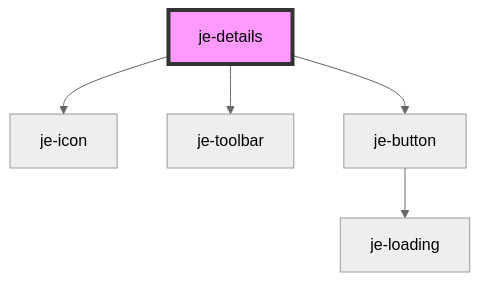
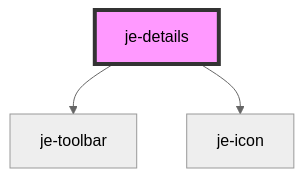
Before and after one commit to pgreen00/jebamo: the diagram in packages/core/src/docs/components/je-details/readme.md, drawn with Mermaid (neutral theme). The commit also changed other lines of this file and 19 other files, not shown here.

````diff
--- a/packages/core/src/docs/components/je-details/readme.md
+++ b/packages/core/src/docs/components/je-details/readme.md
@@ -44,8 +43,6 @@
 ```mermaid
 graph TD;
+  je-details --> je-toolbar
   je-details --> je-icon
-  je-details --> je-toolbar
-  je-details --> je-button
-  je-button --> je-loading
   style je-details fill:#f9f,stroke:#333,stroke-width:4px
 ```
````
